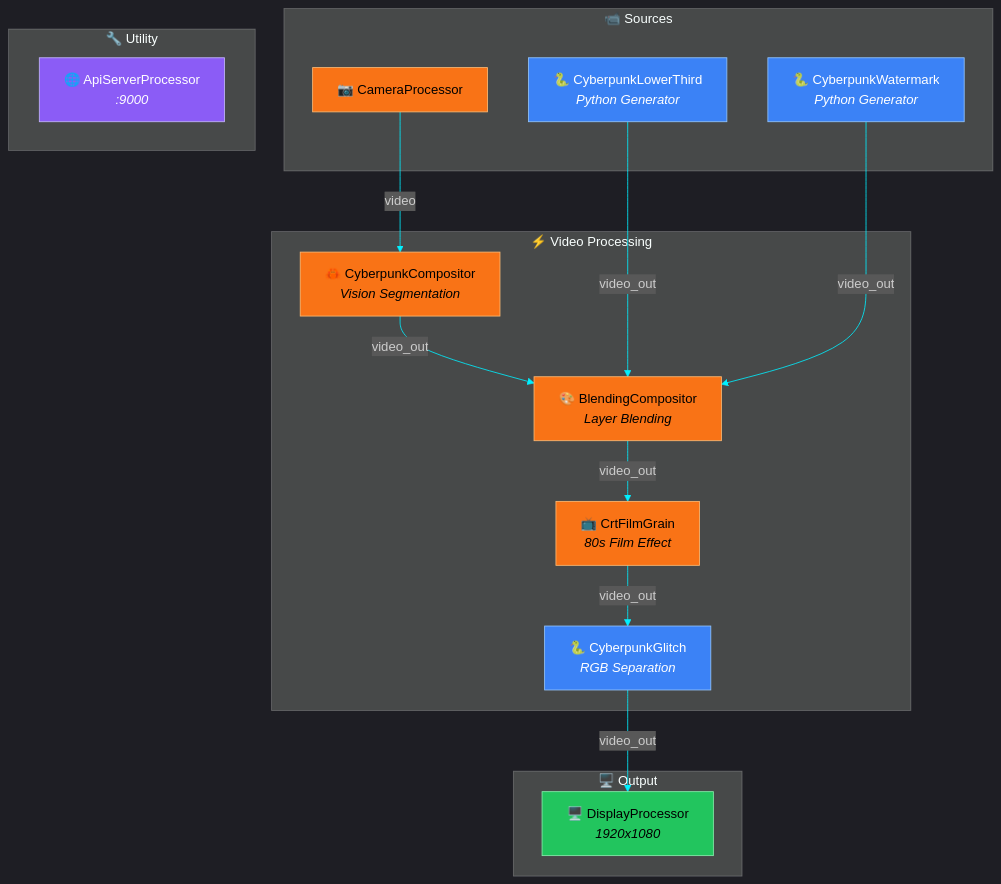
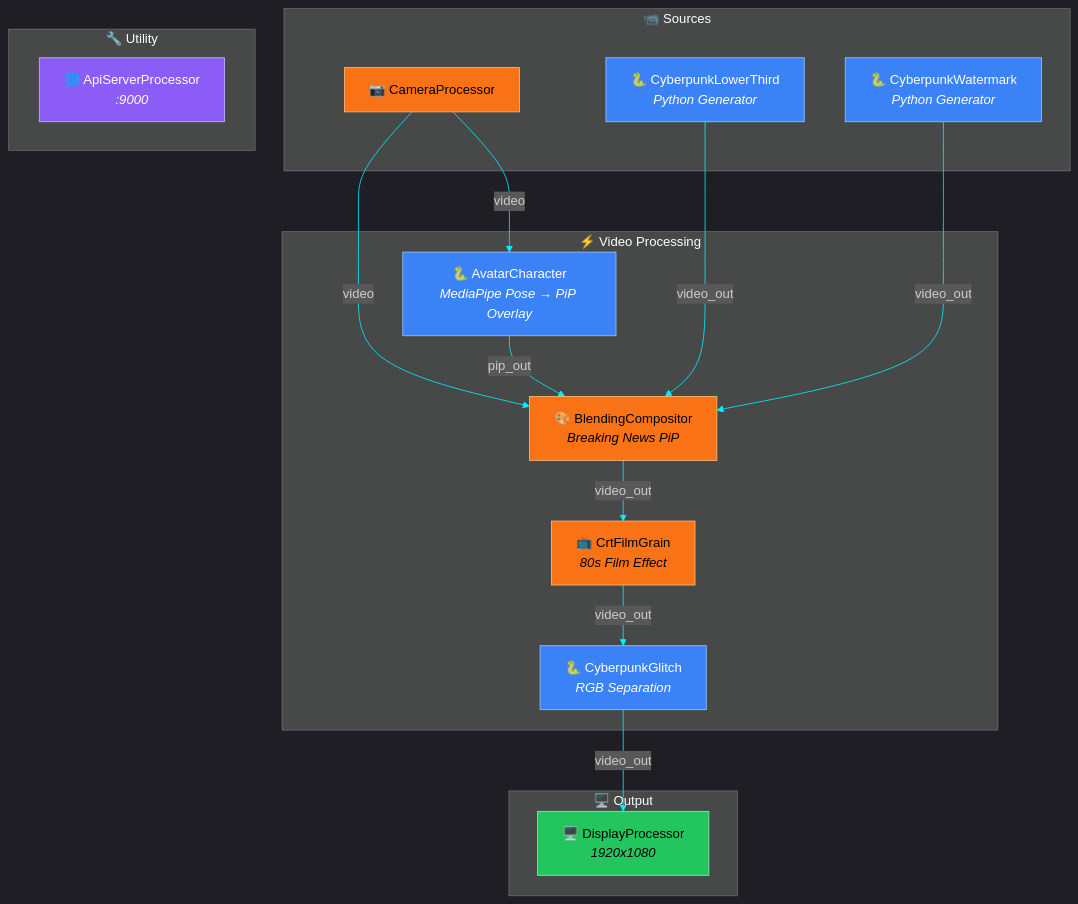
Before and after one commit to tatolab/streamlib: the diagram in examples/camera-python-display/pipeline-graph.mmd, drawn with Mermaid. The commit also changed 6 other files, not shown here.

First line of the commit message:
feat: Add Breaking News PiP with MediaPipe pose-tracking avatar

```diff
--- a/examples/camera-python-display/pipeline-graph.mmd
+++ b/examples/camera-python-display/pipeline-graph.mmd
@@ -1,47 +1,50 @@
 %%{init: {'theme': 'dark', 'themeVariables': { 'primaryColor': '#fcee0a', 'primaryTextColor': '#000', 'primaryBorderColor': '#00f0ff', 'lineColor': '#00f0ff', 'secondaryColor': '#ff1e3c', 'tertiaryColor': '#1a1a2e'}}}%%
 
 flowchart TD
     subgraph Sources["📹 Sources"]
         Camera["📷 CameraProcessor"]
         LowerThird["🐍 CyberpunkLowerThird<br/><i>Python Generator</i>"]
         Watermark["🐍 CyberpunkWatermark<br/><i>Python Generator</i>"]
     end
 
     subgraph Processing["⚡ Video Processing"]
-        Cyberpunk["🦀 CyberpunkCompositor<br/><i>Vision Segmentation</i>"]
-        Blending["🎨 BlendingCompositor<br/><i>Layer Blending</i>"]
+        Avatar["🐍 AvatarCharacter<br/><i>MediaPipe Pose → PiP Overlay</i>"]
+        Blending["🎨 BlendingCompositor<br/><i>Breaking News PiP</i>"]
         CRT["📺 CrtFilmGrain<br/><i>80s Film Effect</i>"]
         Glitch["🐍 CyberpunkGlitch<br/><i>RGB Separation</i>"]
     end
 
     subgraph Output["🖥️ Output"]
         Display["🖥️ DisplayProcessor<br/><i>1920x1080</i>"]
     end
 
     subgraph Utility["🔧 Utility"]
         API["🌐 ApiServerProcessor<br/><i>:9000</i>"]
     end
 
-    %% Main video pipeline
-    Camera -->|video| Cyberpunk
-    Cyberpunk -->|video_out| Blending
+    %% Camera feeds both compositor (base) and avatar (PiP)
+    Camera -->|video| Blending
+    Camera -->|video| Avatar
+
+    %% Avatar outputs to PiP input (slides in from right)
+    Avatar -->|pip_out| Blending
 
     %% Parallel overlay inputs
     LowerThird -->|video_out| Blending
     Watermark -->|video_out| Blending
 
     %% Post-processing chain
     Blending -->|video_out| CRT
     CRT -->|video_out| Glitch
     Glitch -->|video_out| Display
 
     %% Styling
     classDef rust fill:#f97316,stroke:#fdba74,color:#000
     classDef python fill:#3b82f6,stroke:#93c5fd,color:#fff
     classDef output fill:#22c55e,stroke:#86efac,color:#000
     classDef utility fill:#8b5cf6,stroke:#c4b5fd,color:#fff
 
-    class Camera,Cyberpunk,Blending,CRT rust
-    class LowerThird,Watermark,Glitch python
+    class Camera,Blending,CRT rust
+    class Avatar,LowerThird,Watermark,Glitch python
     class Display output
     class API utility
```
